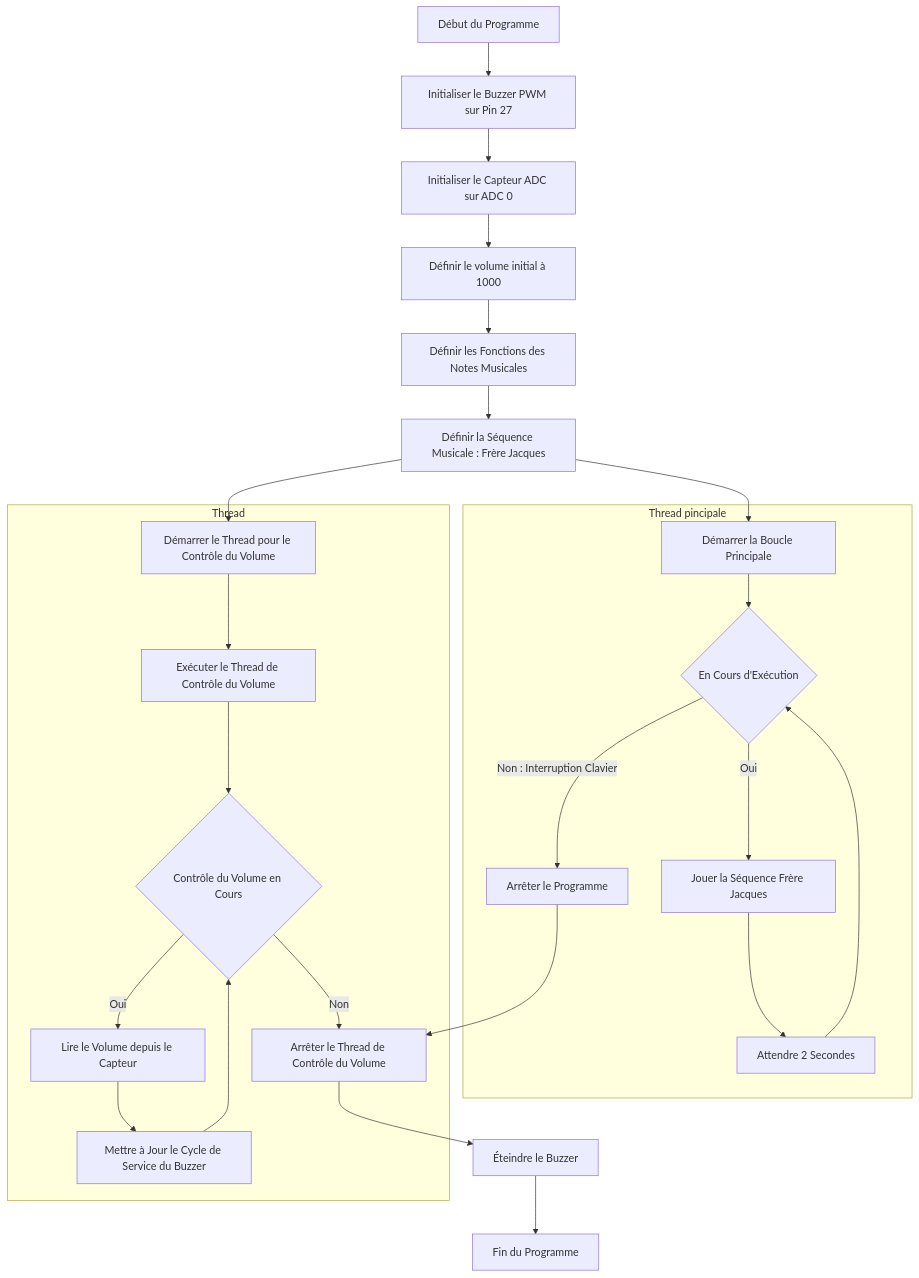
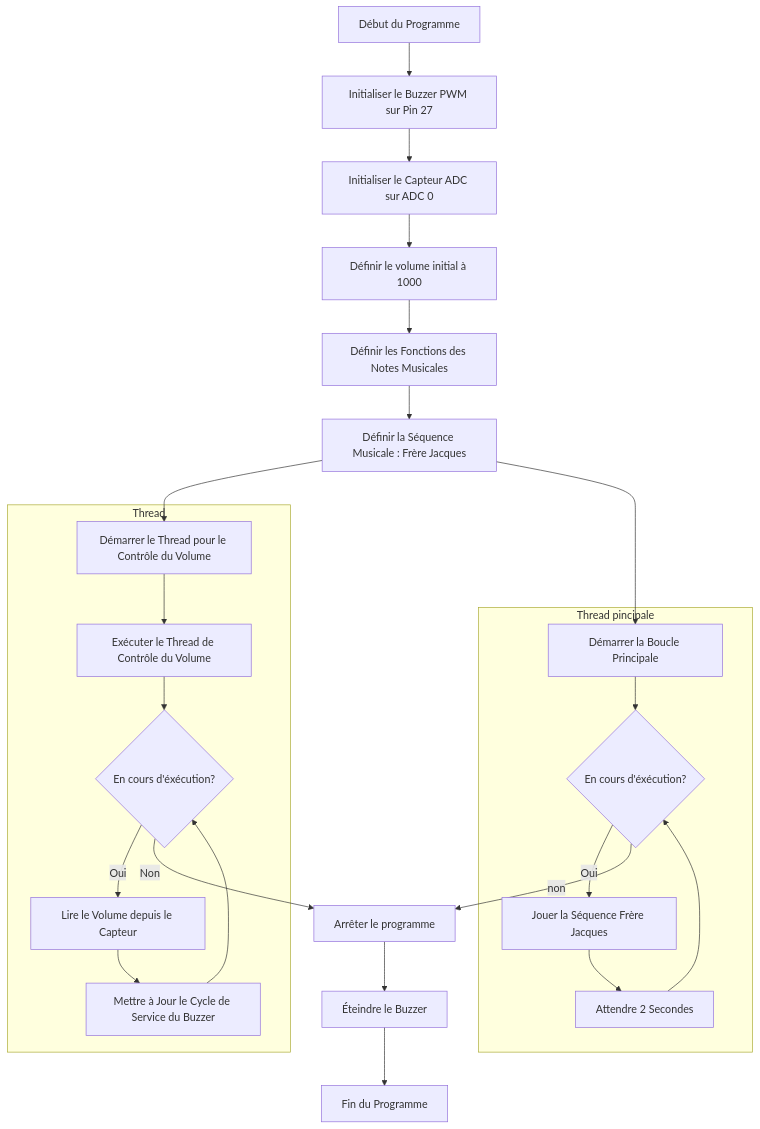
The diagram in AD-PWM/readme.md (GourmetSebastien/SmartCities), drawn with Mermaid before and after one commit. The commit also changed 1 other file, not shown here.

Commit message:
modif float chart PWM

````diff
--- a/AD-PWM/readme.md
+++ b/AD-PWM/readme.md
@@ -28,34 +28,35 @@
 ```mermaid
 flowchart TD
     A[Début du Programme] --> B[Initialiser le Buzzer PWM sur Pin 27]
     B --> C[Initialiser le Capteur ADC sur ADC 0]
     C --> D[Définir le volume initial à 1000]
     D --> F[Définir les Fonctions des Notes Musicales]
     F --> G[Définir la Séquence Musicale : Frère Jacques]
     G --> E[Démarrer le Thread pour le Contrôle du Volume]
     G --> H[Démarrer la Boucle Principale]
     
     subgraph Thread pincipale
-    H --> I{En Cours d'Exécution}
+    H --> I{En cours d'éxécution?}
     I --> |Oui| J[Jouer la Séquence Frère Jacques]
     J --> K[Attendre 2 Secondes]
     K --> I
-    I --> |Non : Interruption Clavier| L[Arrêter le Programme]
+
     end
 
     subgraph Thread
     E --> M[Exécuter le Thread de Contrôle du Volume]
-    M --> N{Contrôle du Volume en Cours}
+    M --> N{En cours d'éxécution?}
     N --> |Oui| O[Lire le Volume depuis le Capteur]
     O --> P[Mettre à Jour le Cycle de Service du Buzzer]
     P --> N
-    N --> |Non| Q[Arrêter le Thread de Contrôle du Volume]
+    
     end
-    
-    L --> Q
+
+    I --non --> Q
+    N --> |Non| Q[Arrêter le programme]
     Q --> R[Éteindre le Buzzer]
     R --> S[Fin du Programme]
 
 
 
 ```
````
